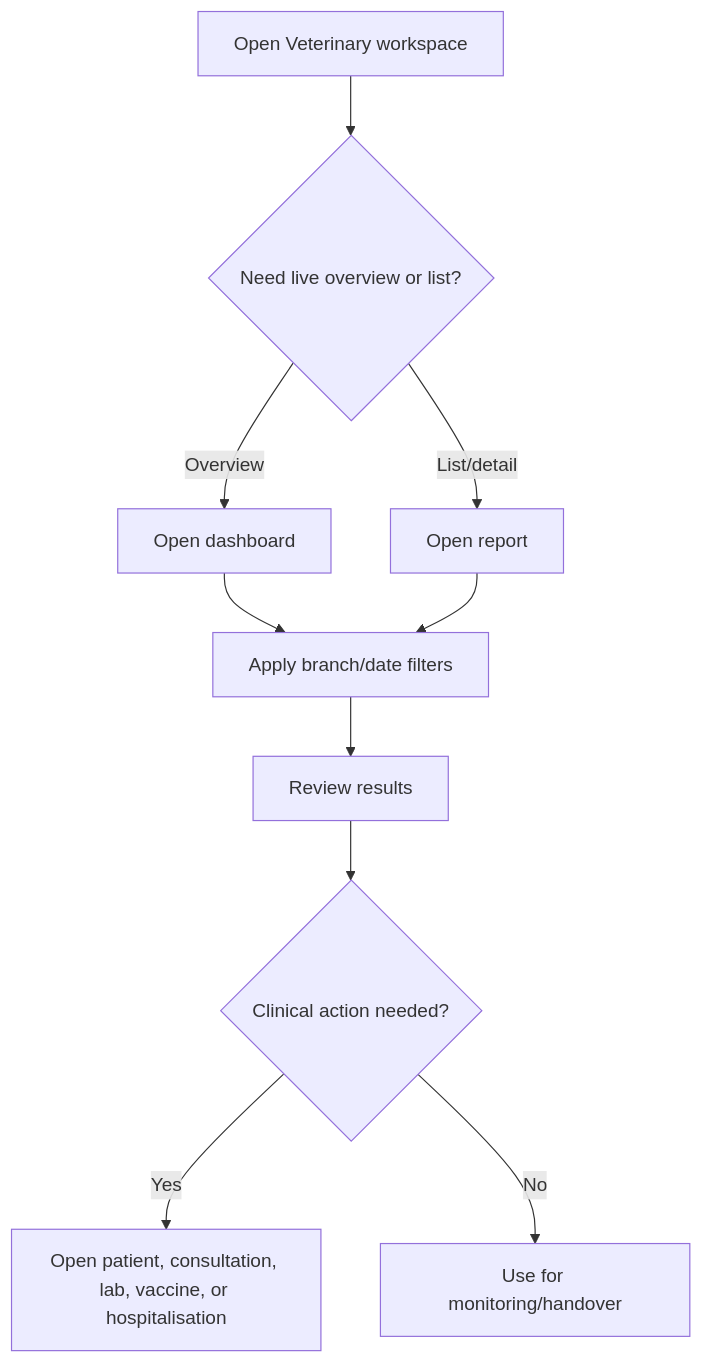
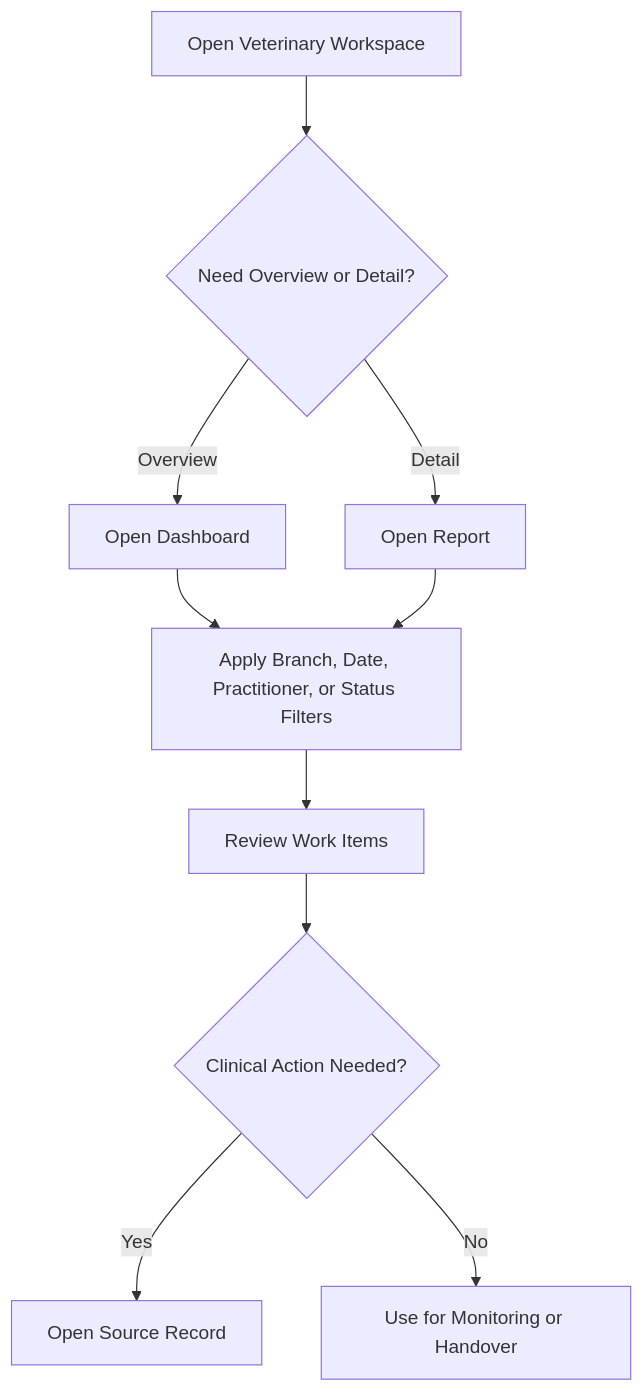
One commit to olayemigod/VetEdge changed the diagram in docs/training/veterinary_doctor_operations/reports_and_dashboards_workflow.md. Above: the diagram before and after it, drawn with Mermaid. The commit also changed other lines of this file and 24 other files, not shown here.

````diff
--- a/docs/training/veterinary_doctor_operations/reports_and_dashboards_workflow.md
+++ b/docs/training/veterinary_doctor_operations/reports_and_dashboards_workflow.md
@@ -19,12 +19,12 @@
 ```mermaid
 flowchart TD
-    A[Open Veterinary workspace] --> B{Need live overview or list?}
-    B -->|Overview| C[Open dashboard]
-    B -->|List/detail| D[Open report]
-    C --> E[Apply branch/date filters]
+    A[Open Veterinary Workspace] --> B{Need Overview or Detail?}
+    B -->|Overview| C[Open Dashboard]
+    B -->|Detail| D[Open Report]
+    C --> E[Apply Branch, Date, Practitioner, or Status Filters]
     D --> E
-    E --> F[Review results]
-    F --> G{Clinical action needed?}
-    G -->|Yes| H[Open patient, consultation, lab, vaccine, or hospitalisation]
-    G -->|No| I[Use for monitoring/handover]
+    E --> F[Review Work Items]
+    F --> G{Clinical Action Needed?}
+    G -->|Yes| H[Open Source Record]
+    G -->|No| I[Use for Monitoring or Handover]
 ```
````
